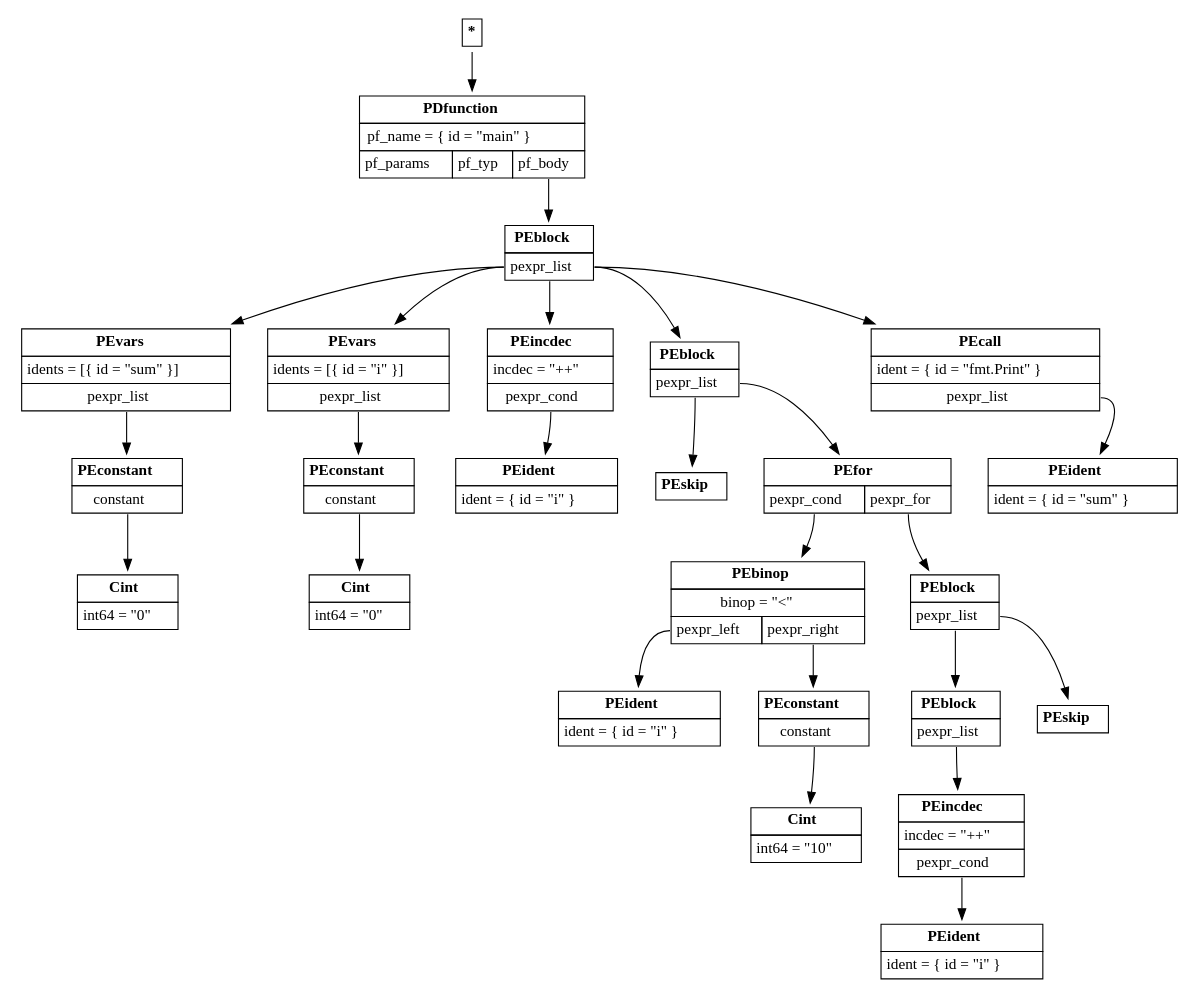
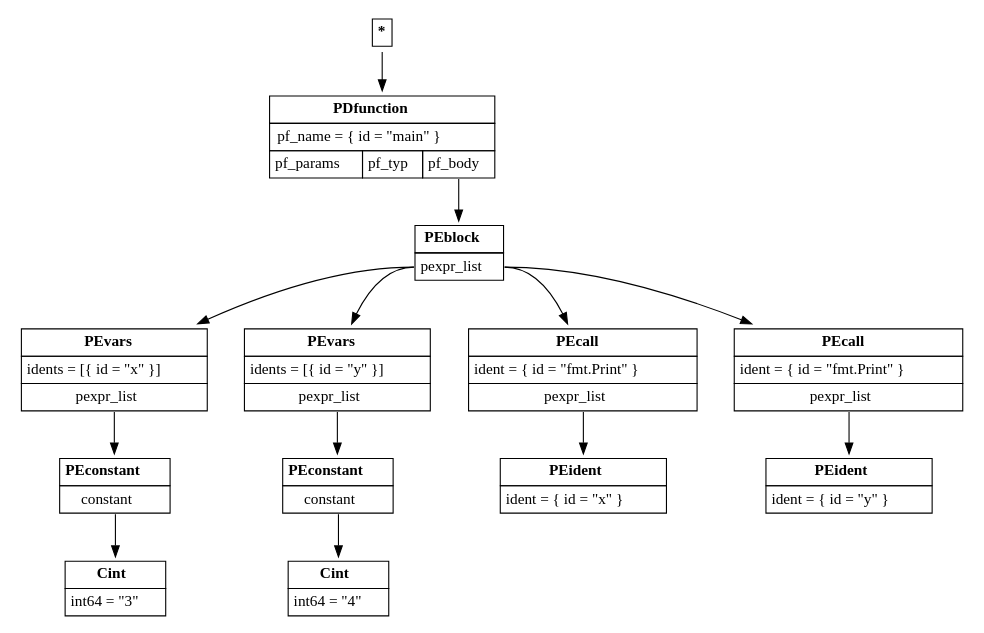
Before and after one commit to AirWann/PROGONE: the diagram in source/test_ast.dot, drawn with Graphviz. The commit also changed 132 other files, not shown here.

```diff
--- a/source/test_ast.dot
+++ b/source/test_ast.dot
@@ -1,52 +1,28 @@
 digraph ast {
 node [shape=plaintext];
 root [label=<<table border='0' cellborder='1' cellspacing='0' cellpadding='4'><tr ><td colspan = '1'><b >*</b></td></tr></table>>]
 PDfunction_1 [label=<<table border='0' cellborder='1' cellspacing='0' cellpadding='4'><tr ><td colspan = '3'><b >PDfunction</b></td></tr><tr ><td colspan = '3'>pf_name = { id = "main" }</td></tr><tr ><td port='pf_params'>pf_params</td><td port='pf_typ'>pf_typ</td><td port='pf_body'>pf_body</td></tr></table>>]
 root -> PDfunction_1
 PEblock_2 [label=<<table border='0' cellborder='1' cellspacing='0' cellpadding='4'><tr ><td colspan = '1'><b >PEblock</b></td></tr><tr ><td port='pexpr_list'>pexpr_list</td></tr></table>>]
 PDfunction_1:pf_body -> PEblock_2
-PEvars_3 [label=<<table border='0' cellborder='1' cellspacing='0' cellpadding='4'><tr ><td colspan = '1'><b >PEvars</b></td></tr><tr ><td colspan = '1'>idents = [{ id = "sum" }]</td></tr><tr ><td port='pexpr_list'>pexpr_list</td></tr></table>>]
+PEvars_3 [label=<<table border='0' cellborder='1' cellspacing='0' cellpadding='4'><tr ><td colspan = '1'><b >PEvars</b></td></tr><tr ><td colspan = '1'>idents = [{ id = "x" }]</td></tr><tr ><td port='pexpr_list'>pexpr_list</td></tr></table>>]
 PEblock_2:pexpr_list -> PEvars_3
 PEconstant_4 [label=<<table border='0' cellborder='1' cellspacing='0' cellpadding='4'><tr ><td colspan = '1'><b >PEconstant</b></td></tr><tr ><td port='constant'>constant</td></tr></table>>]
 PEvars_3:pexpr_list -> PEconstant_4
-Cint_5 [label=<<table border='0' cellborder='1' cellspacing='0' cellpadding='4'><tr ><td colspan = '1'><b >Cint</b></td></tr><tr ><td colspan = '1'>int64 = "0"</td></tr></table>>]
+Cint_5 [label=<<table border='0' cellborder='1' cellspacing='0' cellpadding='4'><tr ><td colspan = '1'><b >Cint</b></td></tr><tr ><td colspan = '1'>int64 = "3"</td></tr></table>>]
 PEconstant_4:constant -> Cint_5
-PEvars_6 [label=<<table border='0' cellborder='1' cellspacing='0' cellpadding='4'><tr ><td colspan = '1'><b >PEvars</b></td></tr><tr ><td colspan = '1'>idents = [{ id = "i" }]</td></tr><tr ><td port='pexpr_list'>pexpr_list</td></tr></table>>]
+PEvars_6 [label=<<table border='0' cellborder='1' cellspacing='0' cellpadding='4'><tr ><td colspan = '1'><b >PEvars</b></td></tr><tr ><td colspan = '1'>idents = [{ id = "y" }]</td></tr><tr ><td port='pexpr_list'>pexpr_list</td></tr></table>>]
 PEblock_2:pexpr_list -> PEvars_6
 PEconstant_7 [label=<<table border='0' cellborder='1' cellspacing='0' cellpadding='4'><tr ><td colspan = '1'><b >PEconstant</b></td></tr><tr ><td port='constant'>constant</td></tr></table>>]
 PEvars_6:pexpr_list -> PEconstant_7
-Cint_8 [label=<<table border='0' cellborder='1' cellspacing='0' cellpadding='4'><tr ><td colspan = '1'><b >Cint</b></td></tr><tr ><td colspan = '1'>int64 = "0"</td></tr></table>>]
+Cint_8 [label=<<table border='0' cellborder='1' cellspacing='0' cellpadding='4'><tr ><td colspan = '1'><b >Cint</b></td></tr><tr ><td colspan = '1'>int64 = "4"</td></tr></table>>]
 PEconstant_7:constant -> Cint_8
-PEincdec_9 [label=<<table border='0' cellborder='1' cellspacing='0' cellpadding='4'><tr ><td colspan = '1'><b >PEincdec</b></td></tr><tr ><td colspan = '1'>incdec = "++"</td></tr><tr ><td port='pexpr_cond'>pexpr_cond</td></tr></table>>]
-PEblock_2:pexpr_list -> PEincdec_9
-PEident_10 [label=<<table border='0' cellborder='1' cellspacing='0' cellpadding='4'><tr ><td colspan = '1'><b >PEident</b></td></tr><tr ><td colspan = '1'>ident = { id = "i" }</td></tr></table>>]
-PEincdec_9:pexpr_cond -> PEident_10
-PEblock_11 [label=<<table border='0' cellborder='1' cellspacing='0' cellpadding='4'><tr ><td colspan = '1'><b >PEblock</b></td></tr><tr ><td port='pexpr_list'>pexpr_list</td></tr></table>>]
-PEblock_2:pexpr_list -> PEblock_11
-PEskip_12 [label=<<table border='0' cellborder='1' cellspacing='0' cellpadding='4'><tr ><td colspan = '1'><b >PEskip</b></td></tr></table>>]
-PEblock_11:pexpr_list -> PEskip_12
-PEfor_13 [label=<<table border='0' cellborder='1' cellspacing='0' cellpadding='4'><tr ><td colspan = '2'><b >PEfor</b></td></tr><tr ><td port='pexpr_cond'>pexpr_cond</td><td port='pexpr_for'>pexpr_for</td></tr></table>>]
-PEblock_11:pexpr_list -> PEfor_13
-PEbinop_14 [label=<<table border='0' cellborder='1' cellspacing='0' cellpadding='4'><tr ><td colspan = '2'><b >PEbinop</b></td></tr><tr ><td colspan = '2'>binop = "&lt;"</td></tr><tr ><td port='pexpr_left'>pexpr_left</td><td port='pexpr_right'>pexpr_right</td></tr></table>>]
-PEfor_13:pexpr_cond -> PEbinop_14
-PEident_15 [label=<<table border='0' cellborder='1' cellspacing='0' cellpadding='4'><tr ><td colspan = '1'><b >PEident</b></td></tr><tr ><td colspan = '1'>ident = { id = "i" }</td></tr></table>>]
-PEbinop_14:pexpr_left -> PEident_15
-PEconstant_16 [label=<<table border='0' cellborder='1' cellspacing='0' cellpadding='4'><tr ><td colspan = '1'><b >PEconstant</b></td></tr><tr ><td port='constant'>constant</td></tr></table>>]
-PEbinop_14:pexpr_right -> PEconstant_16
-Cint_17 [label=<<table border='0' cellborder='1' cellspacing='0' cellpadding='4'><tr ><td colspan = '1'><b >Cint</b></td></tr><tr ><td colspan = '1'>int64 = "10"</td></tr></table>>]
-PEconstant_16:constant -> Cint_17
-PEblock_18 [label=<<table border='0' cellborder='1' cellspacing='0' cellpadding='4'><tr ><td colspan = '1'><b >PEblock</b></td></tr><tr ><td port='pexpr_list'>pexpr_list</td></tr></table>>]
-PEfor_13:pexpr_for -> PEblock_18
-PEblock_19 [label=<<table border='0' cellborder='1' cellspacing='0' cellpadding='4'><tr ><td colspan = '1'><b >PEblock</b></td></tr><tr ><td port='pexpr_list'>pexpr_list</td></tr></table>>]
-PEblock_18:pexpr_list -> PEblock_19
-PEincdec_20 [label=<<table border='0' cellborder='1' cellspacing='0' cellpadding='4'><tr ><td colspan = '1'><b >PEincdec</b></td></tr><tr ><td colspan = '1'>incdec = "++"</td></tr><tr ><td port='pexpr_cond'>pexpr_cond</td></tr></table>>]
-PEblock_19:pexpr_list -> PEincdec_20
-PEident_21 [label=<<table border='0' cellborder='1' cellspacing='0' cellpadding='4'><tr ><td colspan = '1'><b >PEident</b></td></tr><tr ><td colspan = '1'>ident = { id = "i" }</td></tr></table>>]
-PEincdec_20:pexpr_cond -> PEident_21
-PEskip_22 [label=<<table border='0' cellborder='1' cellspacing='0' cellpadding='4'><tr ><td colspan = '1'><b >PEskip</b></td></tr></table>>]
-PEblock_18:pexpr_list -> PEskip_22
-PEcall_23 [label=<<table border='0' cellborder='1' cellspacing='0' cellpadding='4'><tr ><td colspan = '1'><b >PEcall</b></td></tr><tr ><td colspan = '1'>ident = { id = "fmt.Print" }</td></tr><tr ><td port='pexpr_list'>pexpr_list</td></tr></table>>]
-PEblock_2:pexpr_list -> PEcall_23
-PEident_24 [label=<<table border='0' cellborder='1' cellspacing='0' cellpadding='4'><tr ><td colspan = '1'><b >PEident</b></td></tr><tr ><td colspan = '1'>ident = { id = "sum" }</td></tr></table>>]
-PEcall_23:pexpr_list -> PEident_24
+PEcall_9 [label=<<table border='0' cellborder='1' cellspacing='0' cellpadding='4'><tr ><td colspan = '1'><b >PEcall</b></td></tr><tr ><td colspan = '1'>ident = { id = "fmt.Print" }</td></tr><tr ><td port='pexpr_list'>pexpr_list</td></tr></table>>]
+PEblock_2:pexpr_list -> PEcall_9
+PEident_10 [label=<<table border='0' cellborder='1' cellspacing='0' cellpadding='4'><tr ><td colspan = '1'><b >PEident</b></td></tr><tr ><td colspan = '1'>ident = { id = "x" }</td></tr></table>>]
+PEcall_9:pexpr_list -> PEident_10
+PEcall_11 [label=<<table border='0' cellborder='1' cellspacing='0' cellpadding='4'><tr ><td colspan = '1'><b >PEcall</b></td></tr><tr ><td colspan = '1'>ident = { id = "fmt.Print" }</td></tr><tr ><td port='pexpr_list'>pexpr_list</td></tr></table>>]
+PEblock_2:pexpr_list -> PEcall_11
+PEident_12 [label=<<table border='0' cellborder='1' cellspacing='0' cellpadding='4'><tr ><td colspan = '1'><b >PEident</b></td></tr><tr ><td colspan = '1'>ident = { id = "y" }</td></tr></table>>]
+PEcall_11:pexpr_list -> PEident_12
 }
```
